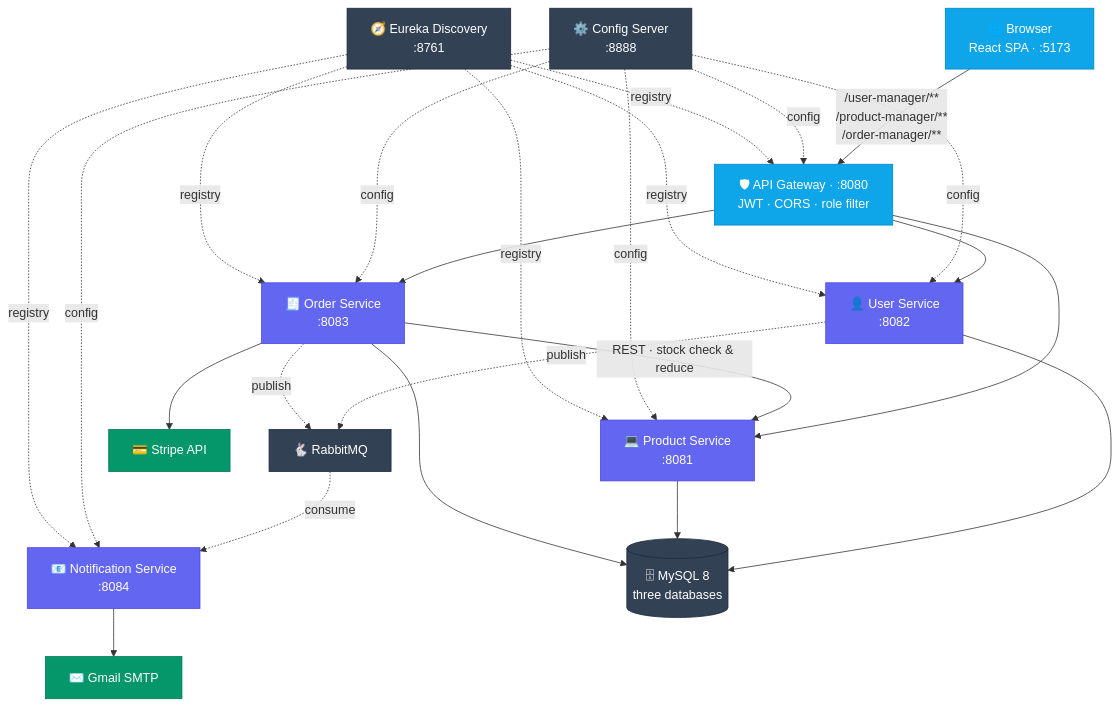
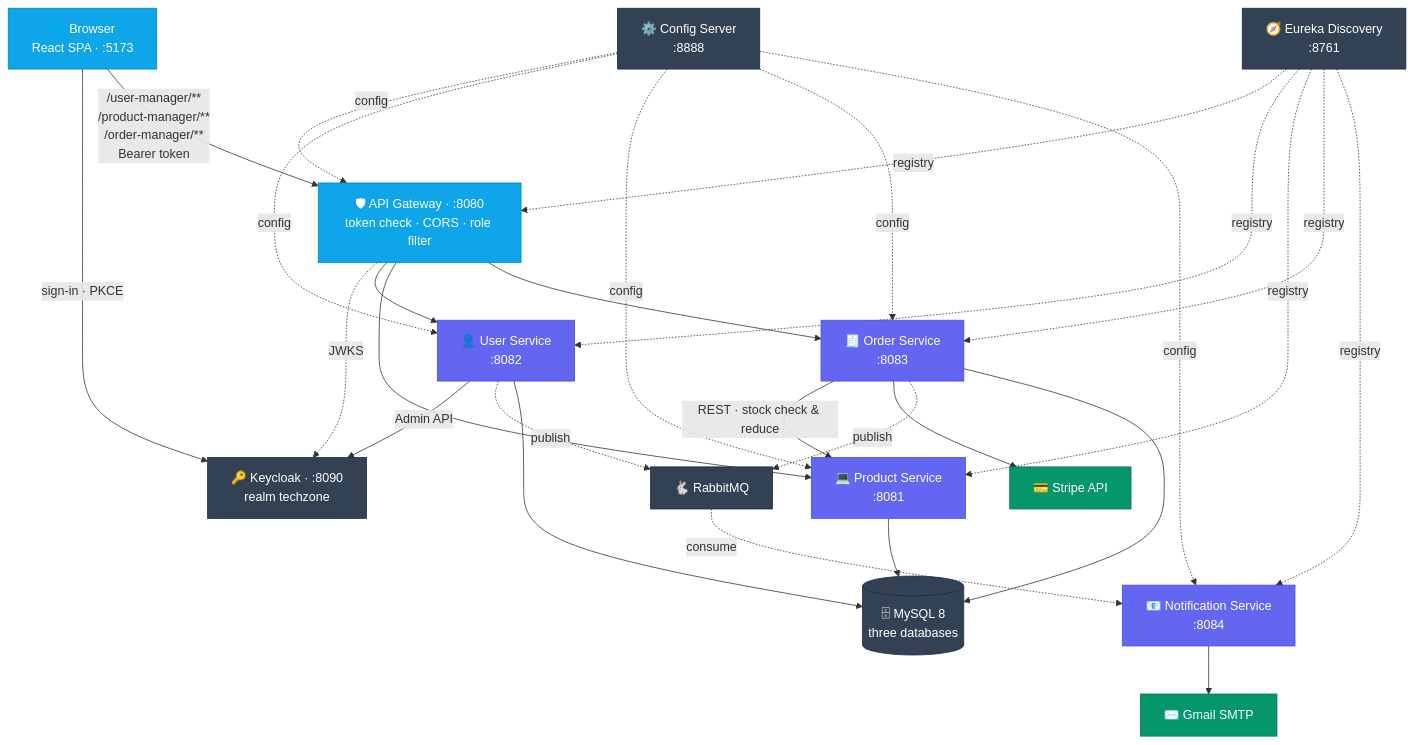
One commit to thaivanlam/Techzone-laptop-project changed the diagram in README.md. Above: the diagram before and after it, drawn with Mermaid. The commit also changed other lines of this file and 60 other files, not shown here.

````diff
--- a/README.md
+++ b/README.md
@@ -93,40 +93,44 @@
 ```mermaid
 flowchart TB
     B["🌐 Browser<br/>React SPA · :5173"]
-    GW["🛡 API Gateway · :8080<br/>JWT · CORS · role filter"]
+    GW["🛡 API Gateway · :8080<br/>token check · CORS · role filter"]
+    KC["🔑 Keycloak · :8090<br/>realm techzone"]
     CFG["⚙️ Config Server<br/>:8888"]
     EUR["🧭 Eureka Discovery<br/>:8761"]
     US["👤 User Service<br/>:8082"]
     PS["💻 Product Service<br/>:8081"]
     OS["🧾 Order Service<br/>:8083"]
     NS["📧 Notification Service<br/>:8084"]
     MQ["🐇 RabbitMQ"]
     DB[("🗄 MySQL 8<br/>three databases")]
     ST["💳 Stripe API"]
     SMTP["✉️ Gmail SMTP"]
 
-    B -->|"/user-manager/**<br/>/product-manager/**<br/>/order-manager/**"| GW
+    B -->|"sign-in · PKCE"| KC
+    B -->|"/user-manager/**<br/>/product-manager/**<br/>/order-manager/**<br/>Bearer token"| GW
+    GW -.->|JWKS| KC
+    US -->|"Admin API"| KC
     GW --> US
     GW --> PS
     GW --> OS
     OS -->|"REST · stock check & reduce"| PS
     OS --> ST
     US -.->|publish| MQ
     OS -.->|publish| MQ
     MQ -.->|consume| NS
     NS --> SMTP
     US --> DB
     PS --> DB
     OS --> DB
     CFG -.->|config| GW & US & PS & OS & NS
     EUR -.->|registry| GW & US & PS & OS & NS
 
     classDef edge fill:#0EA5E9,stroke:#0284C7,color:#fff
     classDef svc fill:#6366F1,stroke:#4F46E5,color:#fff
     classDef infra fill:#334155,stroke:#1E293B,color:#fff
     classDef ext fill:#059669,stroke:#047857,color:#fff
     class B,GW edge
     class US,PS,OS,NS svc
-    class CFG,EUR,MQ,DB infra
+    class CFG,EUR,MQ,DB,KC infra
     class ST,SMTP ext
 ```
````
